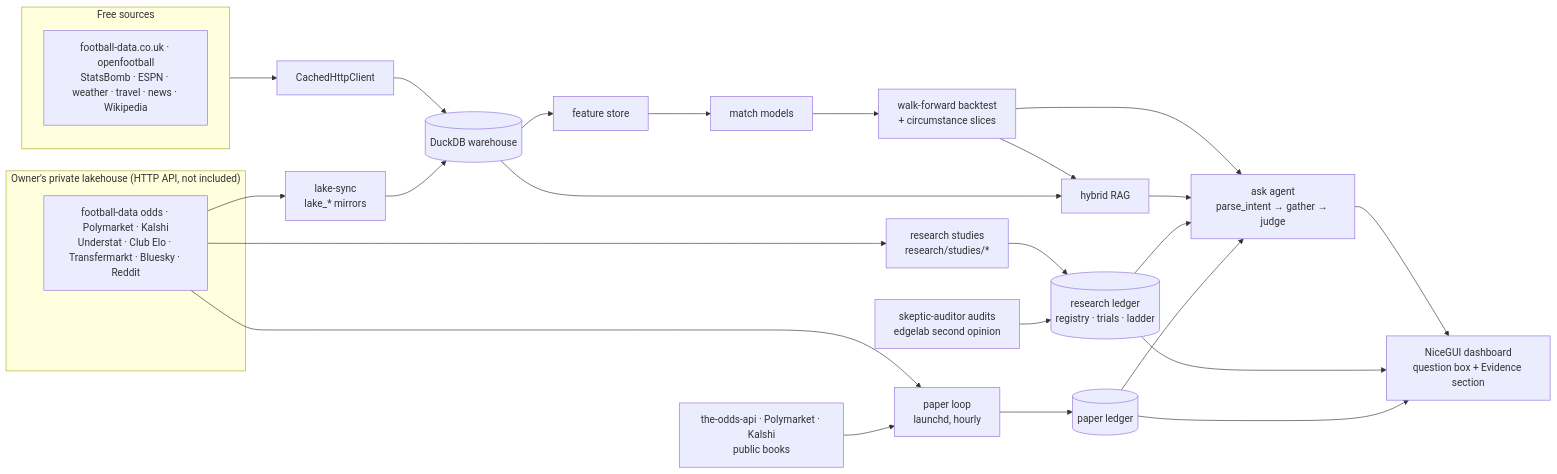
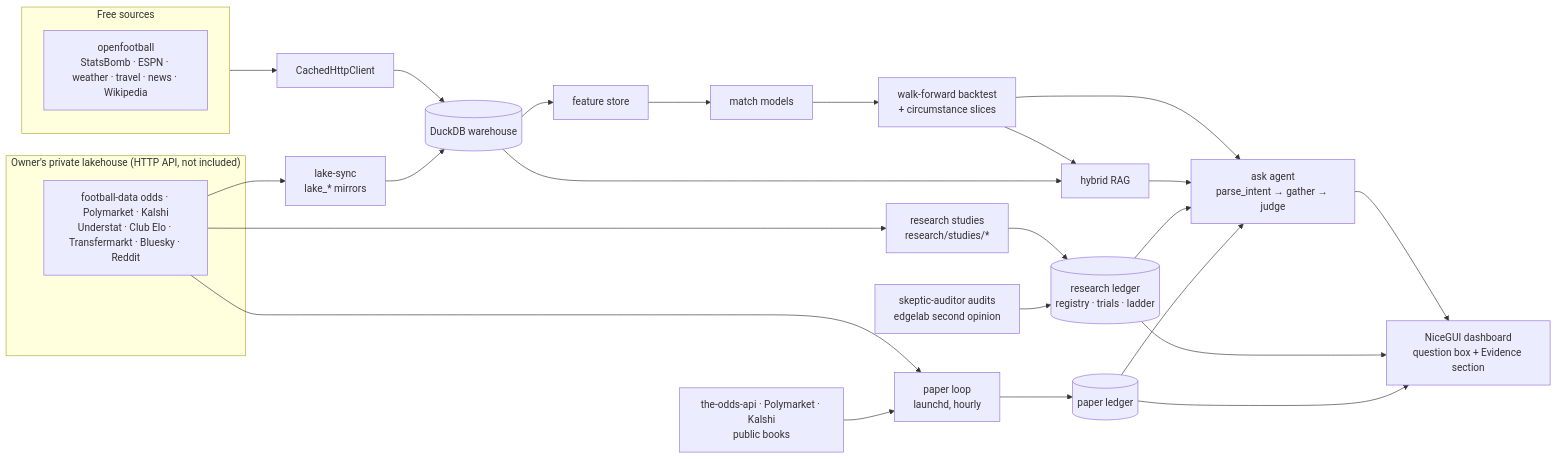
The diagram in README.md (hampustalhandske/pitch-edge), drawn with Mermaid before and after one commit. The commit also changed other lines of this file and 22 other files, not shown here.

First line of the commit message:
Build the football-data spine from the lake mirror

````diff
--- a/README.md
+++ b/README.md
@@ -65,24 +65,24 @@
 ```mermaid
 flowchart LR
   subgraph Lake["Owner's private lakehouse (HTTP API, not included)"]
     LK[football-data odds · Polymarket · Kalshi<br/>Understat · Club Elo · Transfermarkt · Bluesky · Reddit]
   end
   subgraph Free["Free sources"]
-    SRC[football-data.co.uk · openfootball<br/>StatsBomb · ESPN · weather · travel · news · Wikipedia]
+    SRC[openfootball<br/>StatsBomb · ESPN · weather · travel · news · Wikipedia]
   end
   LK --> MIR[lake-sync<br/>lake_* mirrors]
   LK --> ST[research studies<br/>research/studies/*]
   ST --> LED[(research ledger<br/>registry · trials · ladder)]
   AUD[skeptic-auditor audits<br/>edgelab second opinion] --> LED
   LK --> PAP[paper loop<br/>launchd, hourly]
   ODDS[the-odds-api · Polymarket · Kalshi<br/>public books] --> PAP
   PAP --> PL[(paper ledger)]
   Free --> HTTP[CachedHttpClient]
   HTTP --> WH[(DuckDB warehouse)]
   MIR --> WH
   WH --> FS[feature store] --> MD[match models] --> BT[walk-forward backtest<br/>+ circumstance slices]
   BT & WH --> RAG[hybrid RAG]
   BT & RAG & LED & PL --> ASK[ask agent<br/>parse_intent → gather → judge]
   ASK --> UI[NiceGUI dashboard<br/>question box + Evidence section]
   LED & PL --> UI
 ```
````
